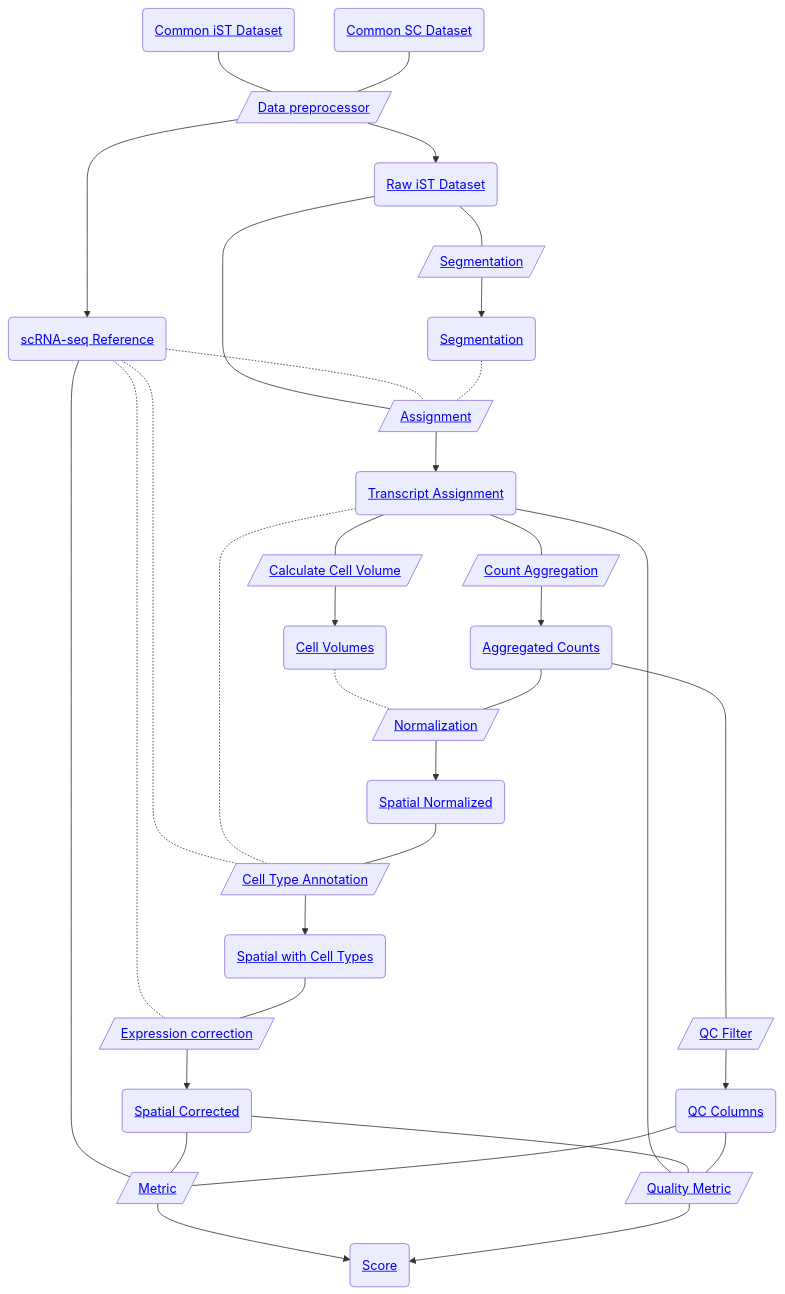
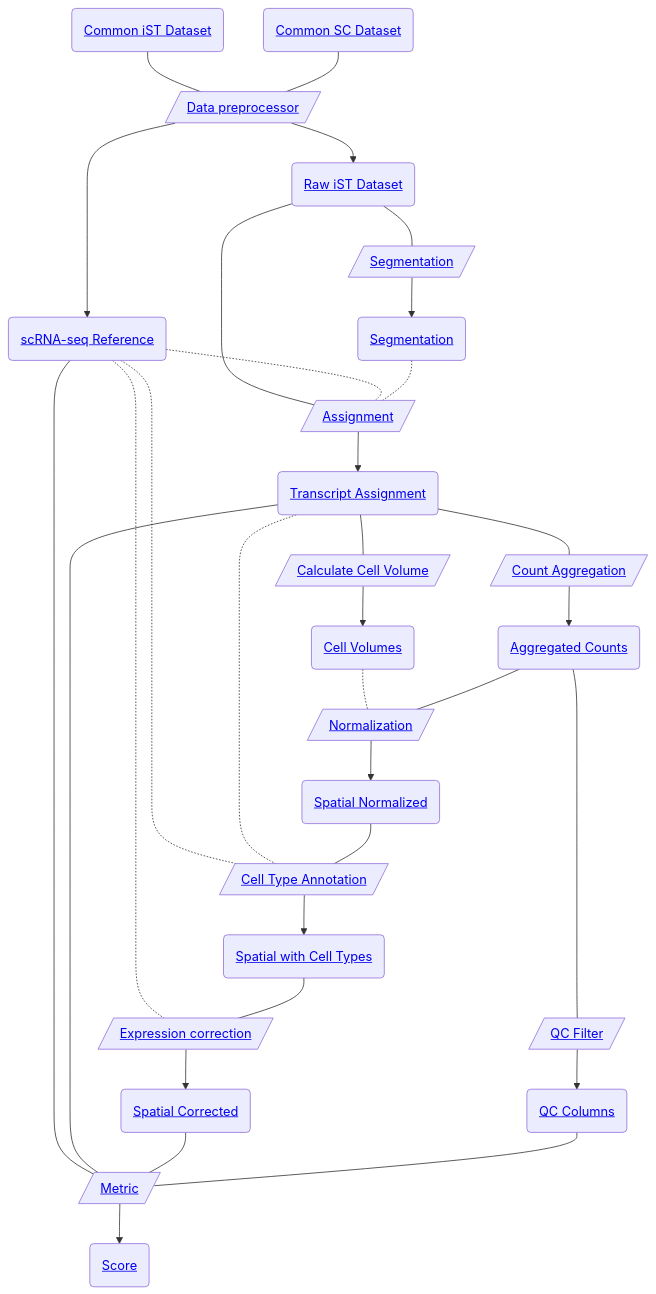
One commit to openproblems-bio/task_ist_preprocessing changed the diagram in README.md. Above: the diagram before and after it, drawn with Mermaid. The commit also changed other lines of this file and 2 other files, not shown here.

Commit message:
update apis

````diff
--- a/README.md
+++ b/README.md
@@ -40,61 +40,57 @@
 ``` mermaid
 flowchart TB
   file_common_ist("<a href='https://github.com/openproblems-bio/task_ist_preprocessing#file-format-common-ist-dataset'>Common iST Dataset</a>")
   comp_data_preprocessor[/"<a href='https://github.com/openproblems-bio/task_ist_preprocessing#component-type-data-preprocessor'>Data preprocessor</a>"/]
   file_raw_ist("<a href='https://github.com/openproblems-bio/task_ist_preprocessing#file-format-raw-ist-dataset'>Raw iST Dataset</a>")
   file_scrnaseq_reference("<a href='https://github.com/openproblems-bio/task_ist_preprocessing#file-format-scrna-seq-reference'>scRNA-seq Reference</a>")
   comp_method_segmentation[/"<a href='https://github.com/openproblems-bio/task_ist_preprocessing#component-type-segmentation'>Segmentation</a>"/]
   comp_method_transcript_assignment[/"<a href='https://github.com/openproblems-bio/task_ist_preprocessing#component-type-assignment'>Assignment</a>"/]
   comp_method_cell_type_annotation[/"<a href='https://github.com/openproblems-bio/task_ist_preprocessing#component-type-cell-type-annotation'>Cell Type Annotation</a>"/]
   comp_method_expression_correction[/"<a href='https://github.com/openproblems-bio/task_ist_preprocessing#component-type-expression-correction'>Expression correction</a>"/]
-  comp_metric_similarity[/"<a href='https://github.com/openproblems-bio/task_ist_preprocessing#component-type-metric'>Metric</a>"/]
+  comp_metric[/"<a href='https://github.com/openproblems-bio/task_ist_preprocessing#component-type-metric'>Metric</a>"/]
   file_segmentation("<a href='https://github.com/openproblems-bio/task_ist_preprocessing#file-format-segmentation'>Segmentation</a>")
   file_transcript_assignments("<a href='https://github.com/openproblems-bio/task_ist_preprocessing#file-format-transcript-assignment'>Transcript Assignment</a>")
   file_spatial_with_cell_types("<a href='https://github.com/openproblems-bio/task_ist_preprocessing#file-format-spatial-with-cell-types'>Spatial with Cell Types</a>")
   file_spatial_corrected_counts("<a href='https://github.com/openproblems-bio/task_ist_preprocessing#file-format-spatial-corrected'>Spatial Corrected</a>")
   file_score("<a href='https://github.com/openproblems-bio/task_ist_preprocessing#file-format-score'>Score</a>")
   comp_method_calculate_cell_volume[/"<a href='https://github.com/openproblems-bio/task_ist_preprocessing#component-type-calculate-cell-volume'>Calculate Cell Volume</a>"/]
   comp_method_count_aggregation[/"<a href='https://github.com/openproblems-bio/task_ist_preprocessing#component-type-count-aggregation'>Count Aggregation</a>"/]
-  comp_metric_quality[/"<a href='https://github.com/openproblems-bio/task_ist_preprocessing#component-type-quality-metric'>Quality Metric</a>"/]
   file_cell_volumes("<a href='https://github.com/openproblems-bio/task_ist_preprocessing#file-format-cell-volumes'>Cell Volumes</a>")
   file_spatial_aggregated_counts("<a href='https://github.com/openproblems-bio/task_ist_preprocessing#file-format-aggregated-counts'>Aggregated Counts</a>")
   comp_method_normalization[/"<a href='https://github.com/openproblems-bio/task_ist_preprocessing#component-type-normalization'>Normalization</a>"/]
   comp_method_qc_filter[/"<a href='https://github.com/openproblems-bio/task_ist_preprocessing#component-type-qc-filter'>QC Filter</a>"/]
   file_spatial_normalized_counts("<a href='https://github.com/openproblems-bio/task_ist_preprocessing#file-format-spatial-normalized'>Spatial Normalized</a>")
   file_spatial_qc_col("<a href='https://github.com/openproblems-bio/task_ist_preprocessing#file-format-qc-columns'>QC Columns</a>")
   file_common_scrnaseq("<a href='https://github.com/openproblems-bio/task_ist_preprocessing#file-format-common-sc-dataset'>Common SC Dataset</a>")
   file_common_ist---comp_data_preprocessor
   comp_data_preprocessor-->file_raw_ist
   comp_data_preprocessor-->file_scrnaseq_reference
   file_raw_ist---comp_method_segmentation
   file_raw_ist---comp_method_transcript_assignment
   file_scrnaseq_reference-.-comp_method_transcript_assignment
   file_scrnaseq_reference-.-comp_method_cell_type_annotation
   file_scrnaseq_reference-.-comp_method_expression_correction
-  file_scrnaseq_reference---comp_metric_similarity
+  file_scrnaseq_reference---comp_metric
   comp_method_segmentation-->file_segmentation
   comp_method_transcript_assignment-->file_transcript_assignments
   comp_method_cell_type_annotation-->file_spatial_with_cell_types
   comp_method_expression_correction-->file_spatial_corrected_counts
-  comp_metric_similarity-->file_score
+  comp_metric-->file_score
   file_segmentation-.-comp_method_transcript_assignment
   file_transcript_assignments-.-comp_method_cell_type_annotation
+  file_transcript_assignments---comp_metric
   file_transcript_assignments---comp_method_calculate_cell_volume
   file_transcript_assignments---comp_method_count_aggregation
-  file_transcript_assignments---comp_metric_quality
   file_spatial_with_cell_types---comp_method_expression_correction
-  file_spatial_corrected_counts---comp_metric_similarity
-  file_spatial_corrected_counts---comp_metric_quality
+  file_spatial_corrected_counts---comp_metric
   comp_method_calculate_cell_volume-->file_cell_volumes
   comp_method_count_aggregation-->file_spatial_aggregated_counts
-  comp_metric_quality-->file_score
   file_cell_volumes-.-comp_method_normalization
   file_spatial_aggregated_counts---comp_method_normalization
   file_spatial_aggregated_counts---comp_method_qc_filter
   comp_method_normalization-->file_spatial_normalized_counts
   comp_method_qc_filter-->file_spatial_qc_col
   file_spatial_normalized_counts---comp_method_cell_type_annotation
-  file_spatial_qc_col---comp_metric_similarity
-  file_spatial_qc_col---comp_metric_quality
+  file_spatial_qc_col---comp_metric
   file_common_scrnaseq---comp_data_preprocessor
 ```
````
